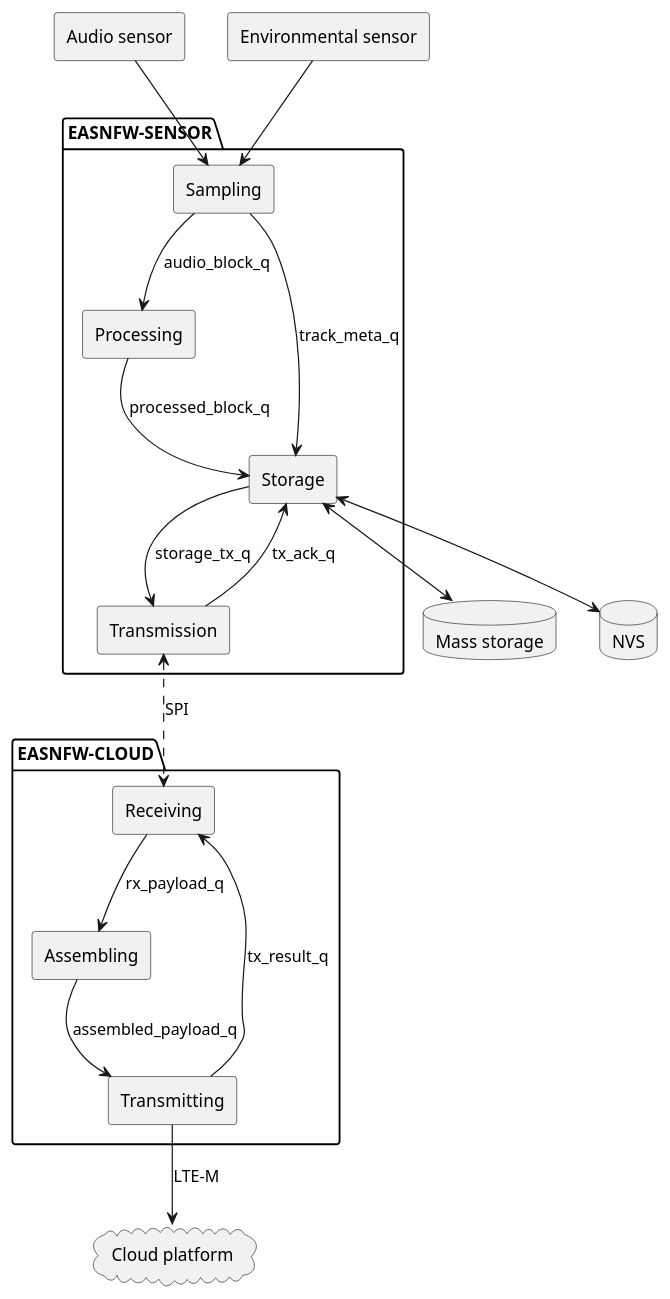
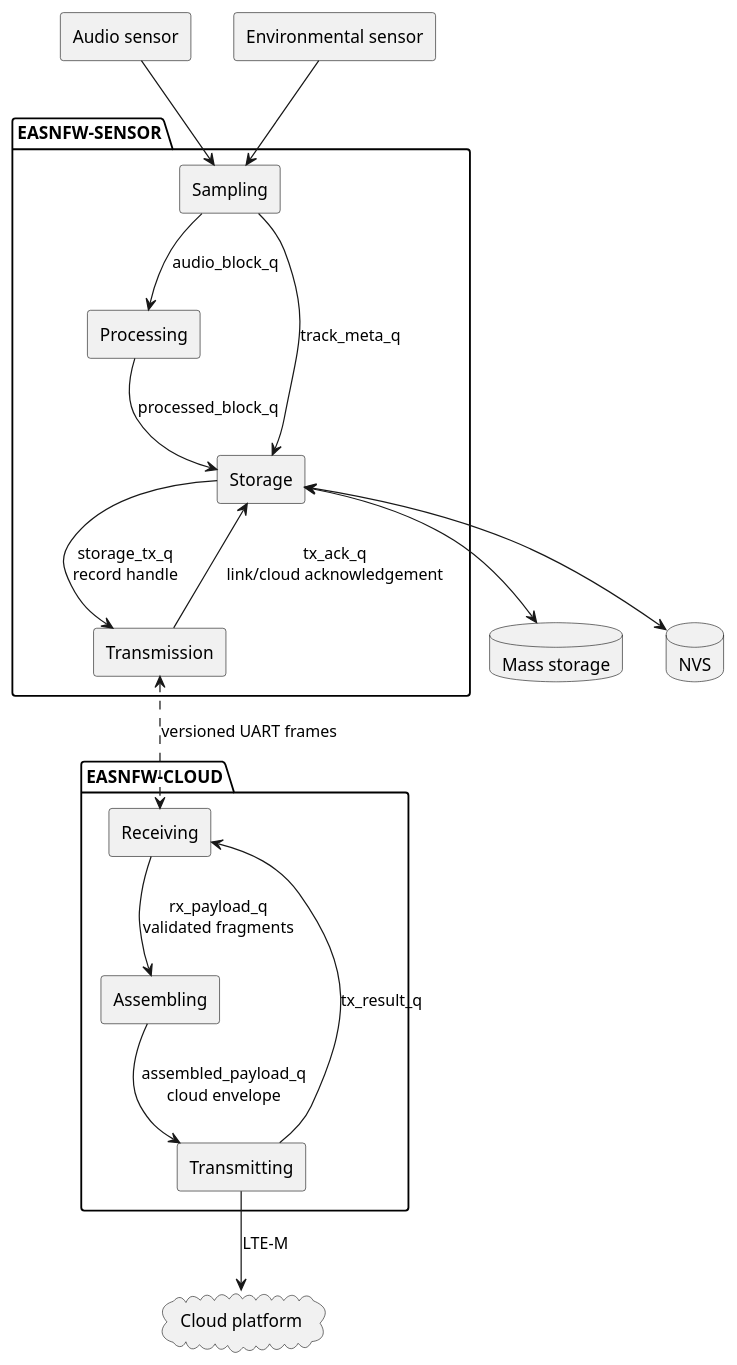
The diagram in docs/sphinx/source/chapters/architecture.rst (hslourenc/easnfw), drawn with PlantUML before and after one commit. The commit also changed other lines of this file and 10 other files, not shown here.

Commit message:
Refine EASN data, audio, verification, and backend architecture (#6)

```diff
--- a/docs/sphinx/source/chapters/architecture.rst
+++ b/docs/sphinx/source/chapters/architecture.rst
@@ -192,46 +216,46 @@
 .. uml::
 
    @startuml
    skinparam componentStyle rectangle
    skinparam backgroundColor transparent
 
    package "EASNFW-SENSOR" {
      [Sampling] as Sampling
      [Processing] as Processing
      [Storage] as Storage
      [Transmission] as TxSensor
    }
 
    package "EASNFW-CLOUD" {
      [Receiving] as Receiving
      [Assembling] as Assembling
      [Transmitting] as TxCloud
    }
 
    component "Audio sensor" as AudioSensor
    component "Environmental sensor" as EnvSensor
    database "Mass storage" as MassStorage
    database "NVS" as NVS
    cloud "Cloud platform" as CloudPlatform
 
    AudioSensor --> Sampling
    EnvSensor --> Sampling
 
    Sampling --> Processing : audio_block_q
    Sampling --> Storage : track_meta_q
    Processing --> Storage : processed_block_q
 
    Storage <--> MassStorage
    Storage <--> NVS
 
-   Storage --> TxSensor : storage_tx_q
-   TxSensor --> Storage : tx_ack_q
+   Storage --> TxSensor : storage_tx_q\nrecord handle
+   TxSensor --> Storage : tx_ack_q\nlink/cloud acknowledgement
 
-   TxSensor <..> Receiving : SPI
+   TxSensor <..> Receiving : versioned UART frames
 
-   Receiving --> Assembling : rx_payload_q
-   Assembling --> TxCloud : assembled_payload_q
+   Receiving --> Assembling : rx_payload_q\nvalidated fragments
+   Assembling --> TxCloud : assembled_payload_q\ncloud envelope
    TxCloud --> Receiving : tx_result_q
 
    TxCloud --> CloudPlatform : LTE-M
    @enduml
```
